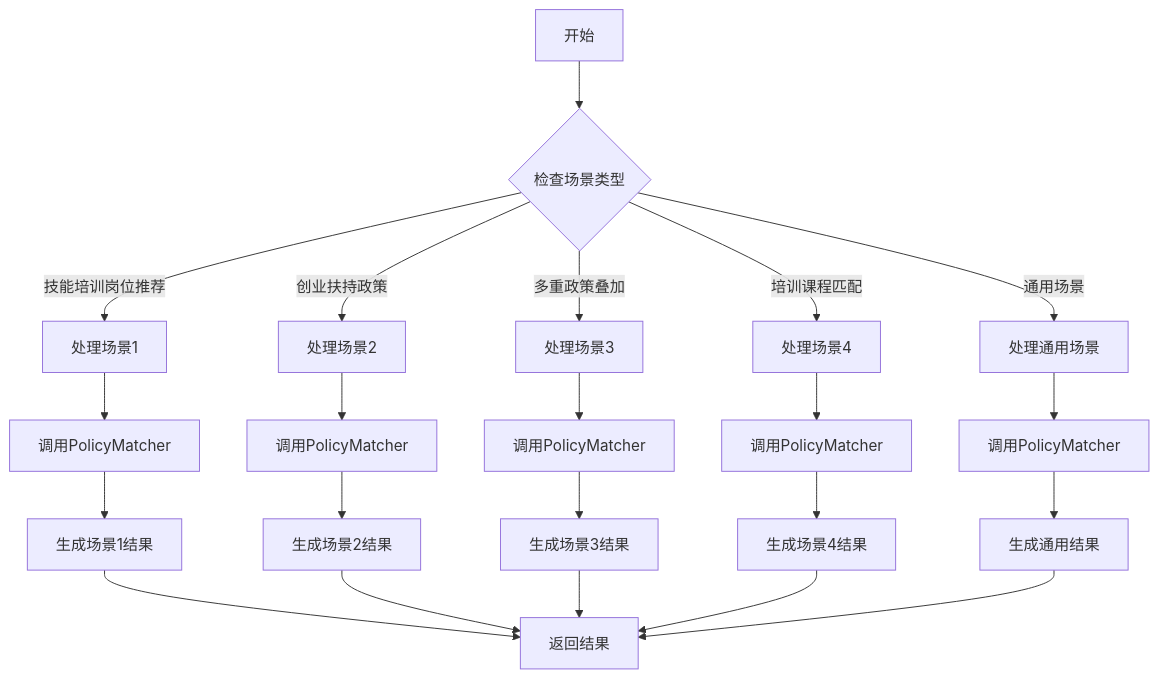
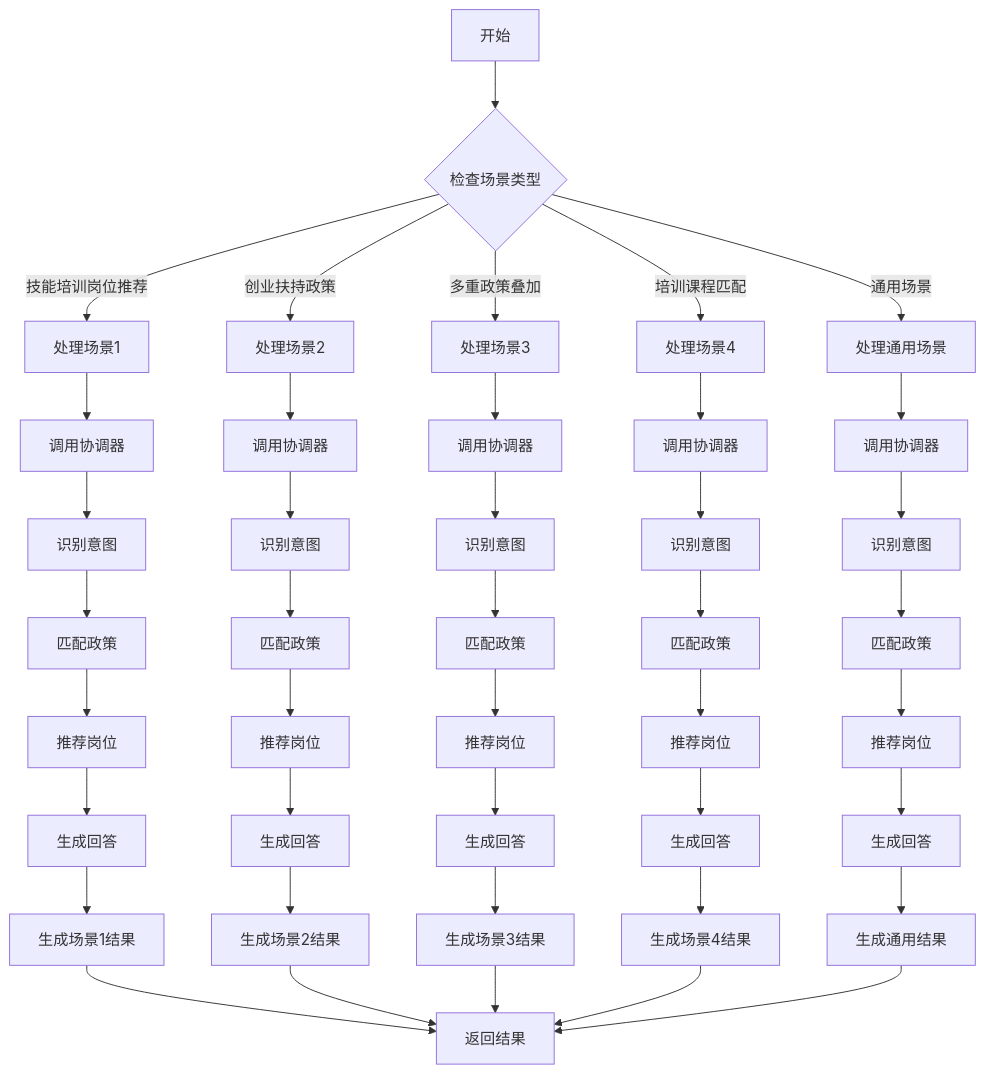
One commit to tianyong0618/policiespoc changed the second of 3 diagrams in doc/04_工程过程/03_系统设计/01_概要设计/project_architecture_plan.md. Above: the diagram before and after it, drawn with Mermaid. The commit also changed other lines of this file and 1 other file, not shown here.

````diff
--- a/doc/04_工程过程/03_系统设计/01_概要设计/project_architecture_plan.md
+++ b/doc/04_工程过程/03_系统设计/01_概要设计/project_architecture_plan.md
@@ -132,27 +161,51 @@
 ```mermaid
 flowchart TD
     Start[开始] --> CheckScenario{检查场景类型}
     CheckScenario -->|技能培训岗位推荐| Scenario1[处理场景1]
     CheckScenario -->|创业扶持政策| Scenario2[处理场景2]
     CheckScenario -->|多重政策叠加| Scenario3[处理场景3]
     CheckScenario -->|培训课程匹配| Scenario4[处理场景4]
     CheckScenario -->|通用场景| General[处理通用场景]
     
-    Scenario1 --> PolicyMatcher1[调用PolicyMatcher]
-    Scenario2 --> PolicyMatcher2[调用PolicyMatcher]
-    Scenario3 --> PolicyMatcher3[调用PolicyMatcher]
-    Scenario4 --> PolicyMatcher4[调用PolicyMatcher]
-    General --> PolicyMatcher5[调用PolicyMatcher]
+    Scenario1 --> Orchestrator1[调用协调器]
+    Scenario2 --> Orchestrator2[调用协调器]
+    Scenario3 --> Orchestrator3[调用协调器]
+    Scenario4 --> Orchestrator4[调用协调器]
+    General --> Orchestrator5[调用协调器]
     
-    PolicyMatcher1 --> Result1[生成场景1结果]
-    PolicyMatcher2 --> Result2[生成场景2结果]
-    PolicyMatcher3 --> Result3[生成场景3结果]
-    PolicyMatcher4 --> Result4[生成场景4结果]
-    PolicyMatcher5 --> Result5[生成通用结果]
+    Orchestrator1 --> IntentAnalyzer1[识别意图]
+    Orchestrator2 --> IntentAnalyzer2[识别意图]
+    Orchestrator3 --> IntentAnalyzer3[识别意图]
+    Orchestrator4 --> IntentAnalyzer4[识别意图]
+    Orchestrator5 --> IntentAnalyzer5[识别意图]
+    
+    IntentAnalyzer1 --> PolicyMatcher1[匹配政策]
+    IntentAnalyzer2 --> PolicyMatcher2[匹配政策]
+    IntentAnalyzer3 --> PolicyMatcher3[匹配政策]
+    IntentAnalyzer4 --> PolicyMatcher4[匹配政策]
+    IntentAnalyzer5 --> PolicyMatcher5[匹配政策]
+    
+    PolicyMatcher1 --> JobMatcher1[推荐岗位]
+    PolicyMatcher2 --> JobMatcher2[推荐岗位]
+    PolicyMatcher3 --> JobMatcher3[推荐岗位]
+    PolicyMatcher4 --> JobMatcher4[推荐岗位]
+    PolicyMatcher5 --> JobMatcher5[推荐岗位]
+    
+    JobMatcher1 --> ResponseGenerator1[生成回答]
+    JobMatcher2 --> ResponseGenerator2[生成回答]
+    JobMatcher3 --> ResponseGenerator3[生成回答]
+    JobMatcher4 --> ResponseGenerator4[生成回答]
+    JobMatcher5 --> ResponseGenerator5[生成回答]
+    
+    ResponseGenerator1 --> Result1[生成场景1结果]
+    ResponseGenerator2 --> Result2[生成场景2结果]
+    ResponseGenerator3 --> Result3[生成场景3结果]
+    ResponseGenerator4 --> Result4[生成场景4结果]
+    ResponseGenerator5 --> Result5[生成通用结果]
     
     Result1 --> Return[返回结果]
     Result2 --> Return
     Result3 --> Return
     Result4 --> Return
     Result5 --> Return
 ```
````
